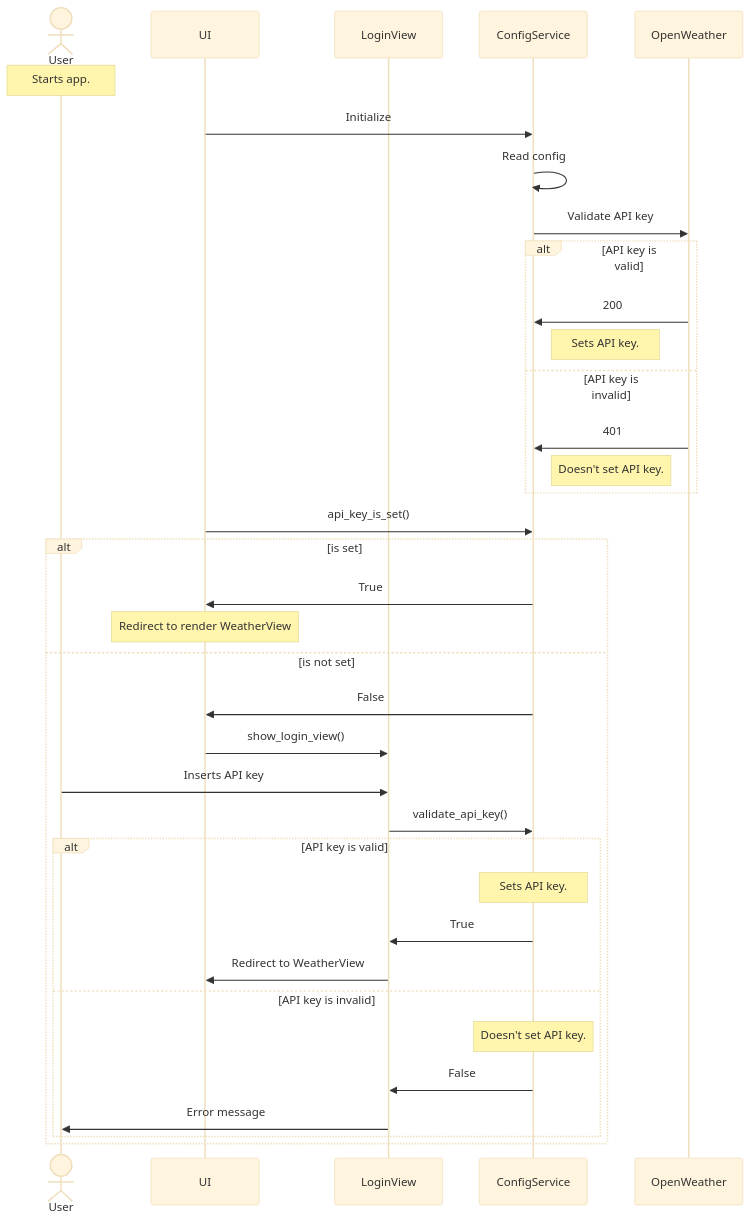
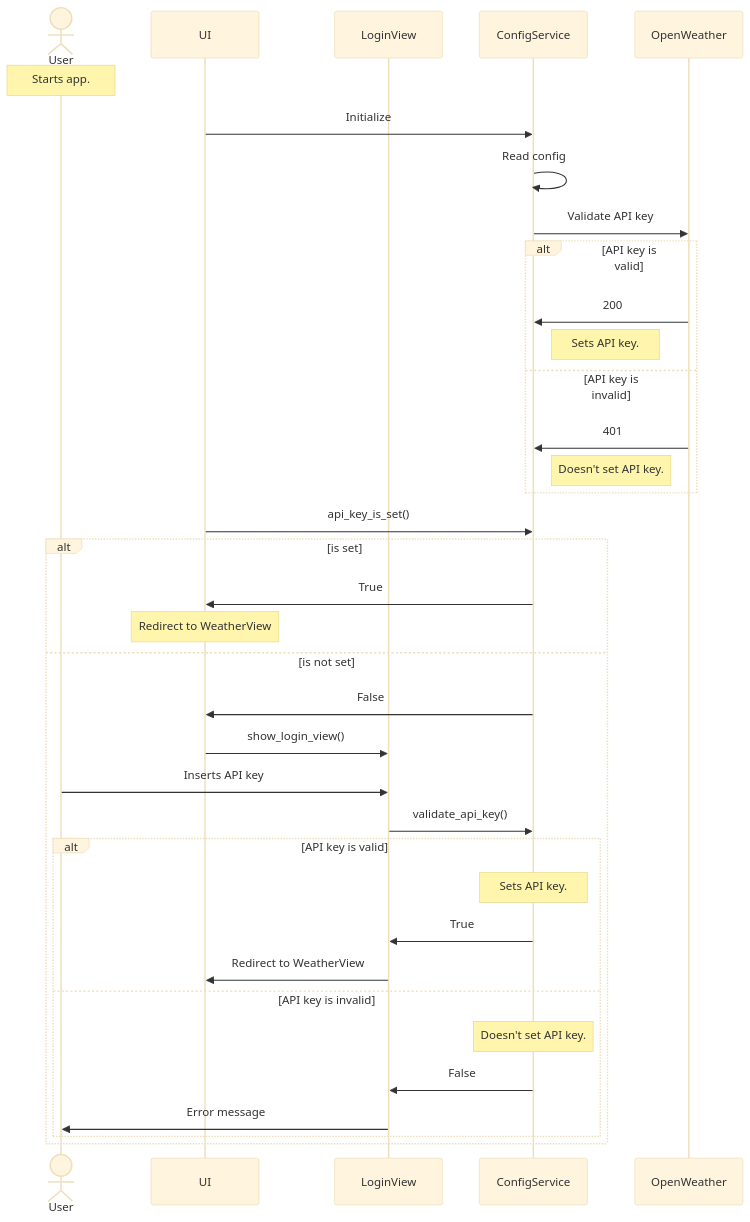
Diagram 11 of 12 in documentation/architecture.md (matiasto/ot-harjoitustyo), drawn with Mermaid (base theme) before and after one commit. The commit also changed other lines of this file and 2 other files, not shown here.

````diff
--- a/documentation/architecture.md
+++ b/documentation/architecture.md
@@ -337,40 +337,40 @@
 ```mermaid
     sequenceDiagram
 
     actor User
     participant UI
     participant LoginView
     participant ConfigService
     participant OpenWeather
 
     Note over User: Starts app.
     UI ->> ConfigService: Initialize
     ConfigService ->> ConfigService: Read config
     ConfigService ->> OpenWeather: Validate API key
     alt API key is valid
         OpenWeather ->> ConfigService: 200
         Note right of ConfigService: Sets API key.
     else API key is invalid
         OpenWeather ->> ConfigService: 401
         Note right of ConfigService: Doesn't set API key.
     end
     UI ->> ConfigService: api_key_is_set()
     alt is set
         ConfigService ->> UI: True
-        Note over UI: Redirect to render WeatherView
+        Note over UI: Redirect to WeatherView
     else is not set
         ConfigService ->> UI: False
         UI ->> LoginView: show_login_view()
         User ->> LoginView: Inserts API key
         LoginView ->> ConfigService: validate_api_key()
         alt API key is valid
             Note over ConfigService: Sets API key.
             ConfigService ->> LoginView: True
             LoginView ->> UI: Redirect to WeatherView
         else API key is invalid
             Note over ConfigService: Doesn't set API key.
             ConfigService ->> LoginView: False
             LoginView ->> User: Error message
         end
     end
 ```
````
